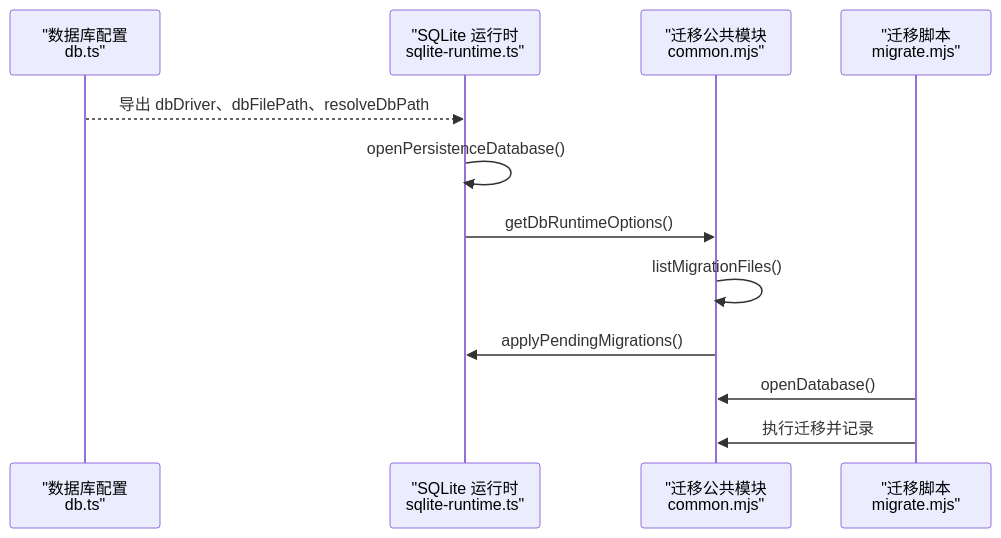
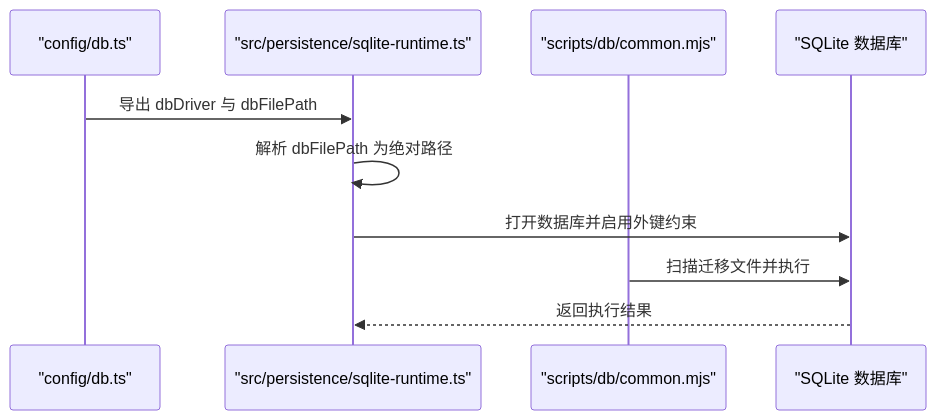
One commit to Jiane-EJ/playwright-mind changed the fourth of 6 diagrams in .qoder/repowiki/zh/content/配置管理系统/配置管理系统.md. Above: the diagram before and after it, drawn with Mermaid. The commit also changed other lines of this file and 151 other files, not shown here.

````diff
--- a/.qoder/repowiki/zh/content/配置管理系统/配置管理系统.md
+++ b/.qoder/repowiki/zh/content/配置管理系统/配置管理系统.md
@@ -187,14 +166,12 @@
 ```mermaid
 sequenceDiagram
-participant DBConf as "数据库配置<br/>db.ts"
-participant SR as "SQLite 运行时<br/>sqlite-runtime.ts"
-participant CM as "迁移公共模块<br/>common.mjs"
-participant MM as "迁移脚本<br/>migrate.mjs"
-DBConf-->>SR : 导出 dbDriver、dbFilePath、resolveDbPath
-SR->>SR : openPersistenceDatabase()
-SR->>CM : getDbRuntimeOptions()
-CM->>CM : listMigrationFiles()
-CM->>SR : applyPendingMigrations()
-MM->>CM : openDatabase()
-MM->>CM : 执行迁移并记录
+participant CFG as "config/db.ts"
+participant RT as "src/persistence/sqlite-runtime.ts"
+participant MIG as "scripts/db/common.mjs"
+participant DB as "SQLite 数据库"
+CFG->>RT : 导出 dbDriver 与 dbFilePath
+RT->>RT : 解析 dbFilePath 为绝对路径
+RT->>DB : 打开数据库并启用外键约束
+MIG->>DB : 扫描迁移文件并执行
+DB-->>RT : 返回执行结果
 ```
````
